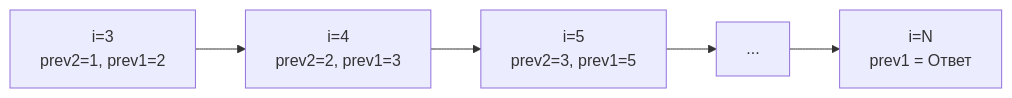
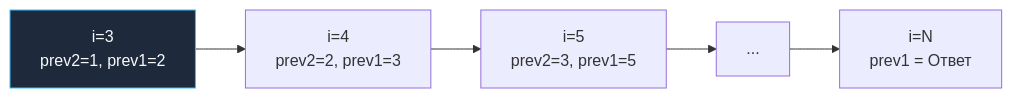
The diagram in sources/21. Задачи с LeetCode и собеседований на Go/02. Задачи/18. Динамическое программирование 1D/3. Climbing Stairs.md (UnrealTemplier/go-textbook), drawn with Mermaid before and after one commit. The commit also changed 1666 other files, not shown here.

First line of the commit message:
feat(mermaid): add semantic color classDef to 1369 colorless flowchart/graph diagrams

````diff
--- a/sources/21. Задачи с LeetCode и собеседований на Go/02. Задачи/18. Динамическое программирование 1D/3. Climbing Stairs.md
+++ b/sources/21. Задачи с LeetCode и собеседований на Go/02. Задачи/18. Динамическое программирование 1D/3. Climbing Stairs.md
@@ -94,7 +94,17 @@
 ```mermaid
 flowchart LR
-    A["i=3<br>prev2=1, prev1=2"] --> B["i=4<br>prev2=2, prev1=3"]
+    classDef process  fill:#1e293b,stroke:#38bdf8,stroke-width:1px,color:#f8fafc
+    classDef success  fill:#064e3b,stroke:#34d399,stroke-width:1px,color:#f8fafc
+    classDef error    fill:#7f1d1d,stroke:#f87171,stroke-width:1px,color:#f8fafc
+    classDef warning  fill:#78350f,stroke:#fbbf24,stroke-width:1px,color:#f8fafc
+    classDef entry    fill:#1e3a5f,stroke:#38bdf8,stroke-width:2px,color:#f8fafc
+    classDef aux      fill:#334155,stroke:#64748b,stroke-width:1px,color:#f8fafc
+    classDef system   fill:#312e81,stroke:#a78bfa,stroke-width:1px,color:#f8fafc
+    classDef data     fill:#132d29,stroke:#2dd4bf,stroke-width:1px,color:#f8fafc
+    classDef network  fill:#881337,stroke:#fb7185,stroke-width:1px,color:#f8fafc
+    classDef accent   fill:#1e1b4b,stroke:#818cf8,stroke-width:1px,color:#f8fafc
+    A["i=3<br>prev2=1, prev1=2"]:::process --> B["i=4<br>prev2=2, prev1=3"]
     B --> C["i=5<br>prev2=3, prev1=5"]
     C --> D["..."]
     D --> E["i=N<br>prev1 = Ответ"]
 ```
````
